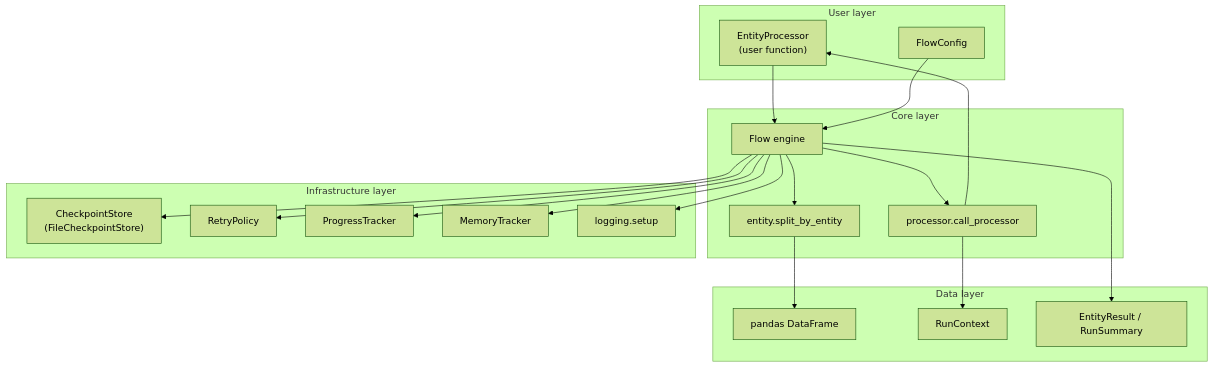
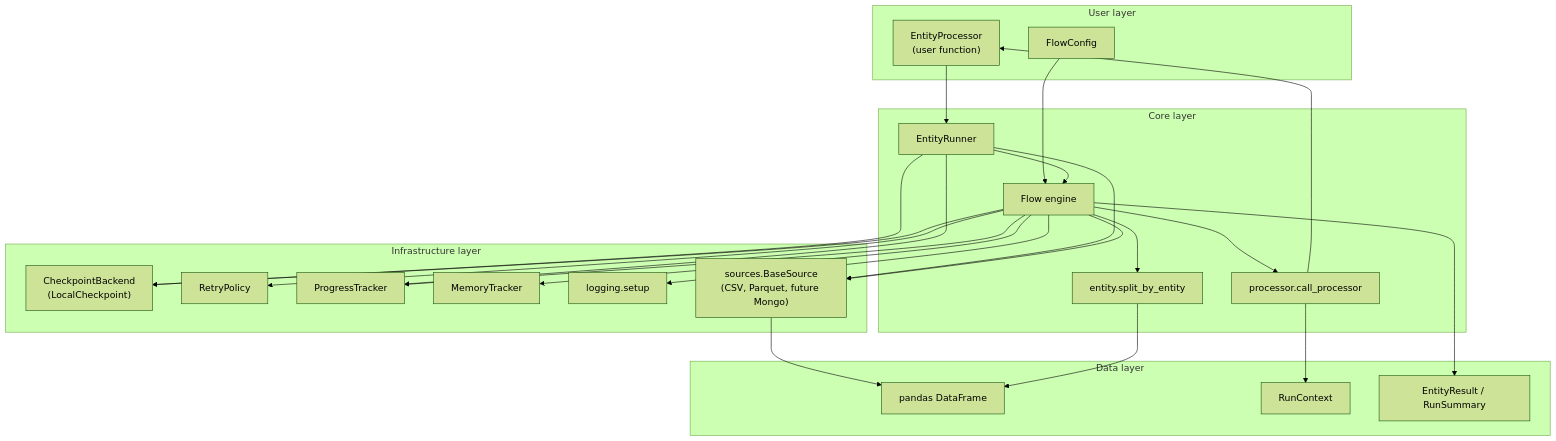
Before and after one commit to baban9/timeseriesflow: the diagram in docs/architecture.md, drawn with Mermaid (forest theme). The commit also changed other lines of this file and 82 other files, not shown here.

````diff
--- a/docs/architecture.md
+++ b/docs/architecture.md
@@ -9,41 +9,49 @@
 ```mermaid
 flowchart TB
     subgraph UserLayer["User layer"]
         EP["EntityProcessor\n(user function)"]
         FC["FlowConfig"]
     end
 
     subgraph CoreLayer["Core layer"]
         FLOW["Flow engine"]
+        RUN["EntityRunner"]
         ENT["entity.split_by_entity"]
         PROC["processor.call_processor"]
     end
 
     subgraph InfraLayer["Infrastructure layer"]
-        CKPT["CheckpointStore\n(FileCheckpointStore)"]
+        CKPT["CheckpointBackend\n(LocalCheckpoint)"]
         RETRY["RetryPolicy"]
         PROG["ProgressTracker"]
         MEM["MemoryTracker"]
         LOG["logging.setup"]
+        SRC["sources.BaseSource\n(CSV, Parquet, future Mongo)"]
     end
 
     subgraph DataLayer["Data layer"]
         DF["pandas DataFrame"]
         CTX["RunContext"]
         RES["EntityResult / RunSummary"]
     end
 
-    EP --> FLOW
+    EP --> RUN
     FC --> FLOW
+    RUN --> SRC
+    RUN --> FLOW
+    RUN --> CKPT
+    RUN --> PROG
     FLOW --> ENT
     FLOW --> PROC
     FLOW --> CKPT
     FLOW --> RETRY
     FLOW --> PROG
     FLOW --> MEM
     FLOW --> LOG
+    FLOW --> SRC
+    SRC --> DF
     ENT --> DF
     PROC --> EP
     PROC --> CTX
     FLOW --> RES
 ```
````
